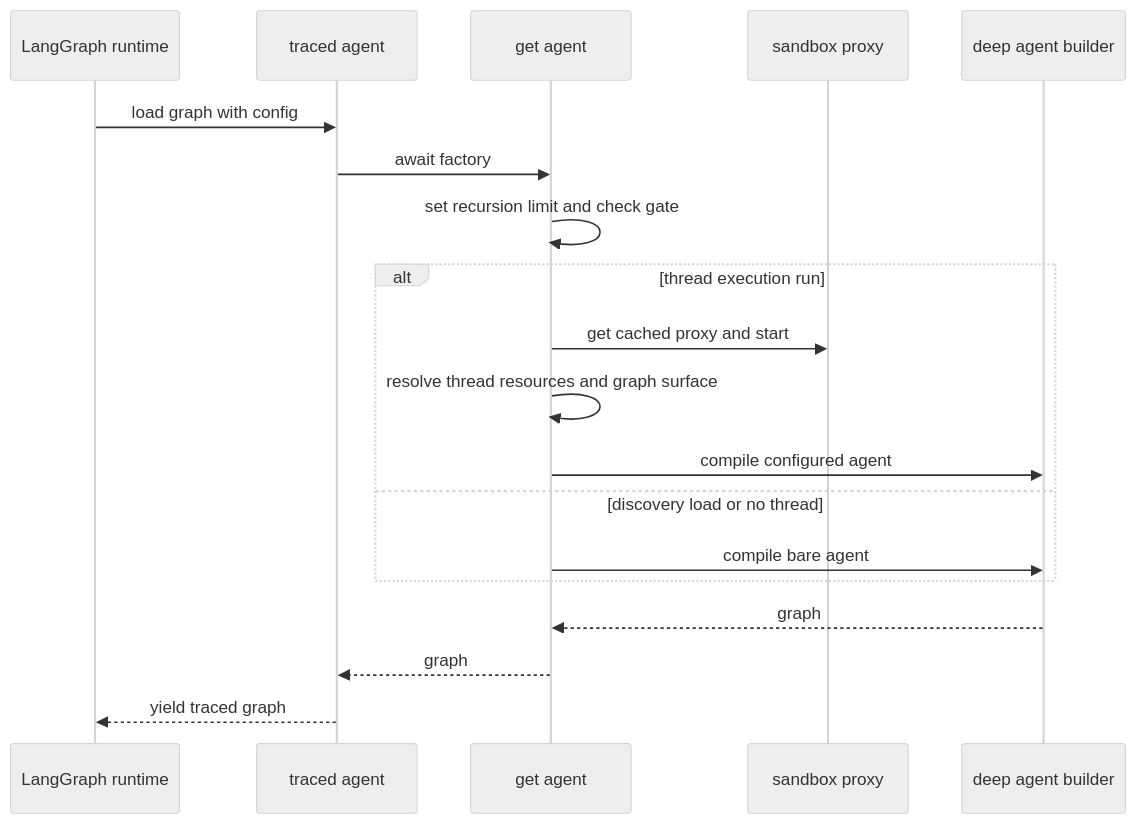
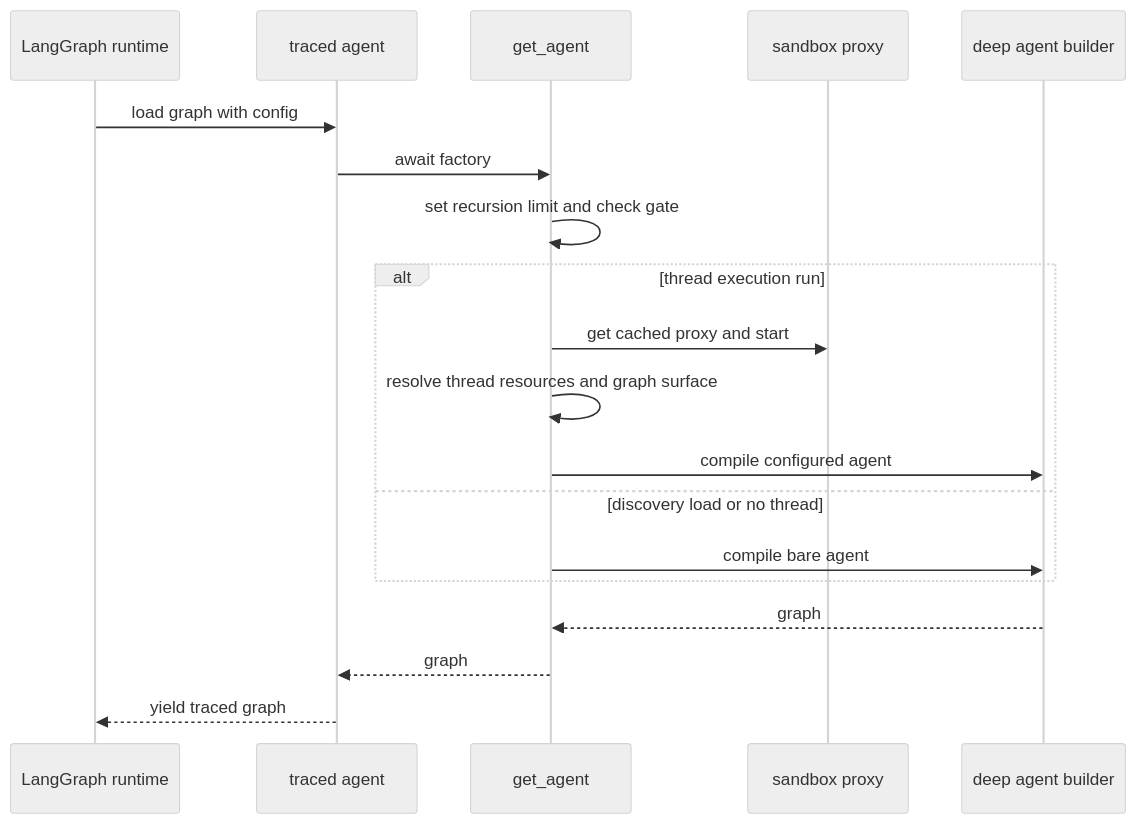
The first of 2 diagrams in openwiki/architecture/agent-graph.md (aeteq/open-swe), drawn with Mermaid (neutral theme) before and after one commit. The commit also changed other lines of this file and 48 other files, not shown here.

````diff
--- a/openwiki/architecture/agent-graph.md
+++ b/openwiki/architecture/agent-graph.md
@@ -33,22 +35,22 @@
 ```mermaid
 sequenceDiagram
     participant Runtime as LangGraph runtime
     participant Entry as traced agent
-    participant Factory as get agent
+    participant Factory as get_agent
     participant Backend as sandbox proxy
     participant Deep as deep agent builder
 
     Runtime->>Entry: load graph with config
     Entry->>Factory: await factory
     Factory->>Factory: set recursion limit and check gate
     alt thread execution run
         Factory->>Backend: get cached proxy and start
         Factory->>Factory: resolve thread resources and graph surface
         Factory->>Deep: compile configured agent
     else discovery load or no thread
         Factory->>Deep: compile bare agent
     end
     Deep-->>Factory: graph
     Factory-->>Entry: graph
     Entry-->>Runtime: yield traced graph
 ```
````
